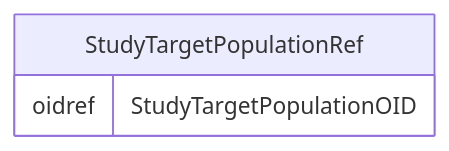
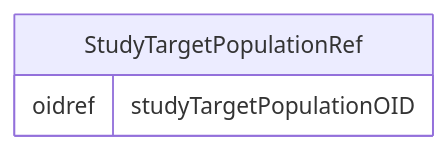
The diagram in docs/StudyTargetPopulationRef.md (cdisc-org/DataExchange-ODM-LinkML), drawn with Mermaid before and after one commit. The commit also changed other lines of this file and 759 other files, not shown here.

````diff
--- a/docs/StudyTargetPopulationRef.md
+++ b/docs/StudyTargetPopulationRef.md
@@ -11,9 +11,9 @@
 ```mermaid
 erDiagram
 StudyTargetPopulationRef {
-    oidref StudyTargetPopulationOID  
+    oidref studyTargetPopulationOID  
 }
 
 
 
 ```
````
